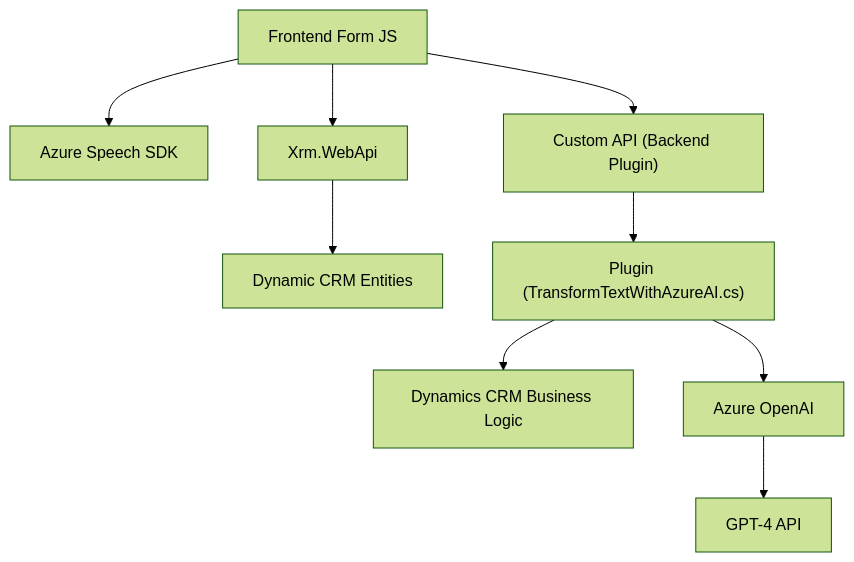
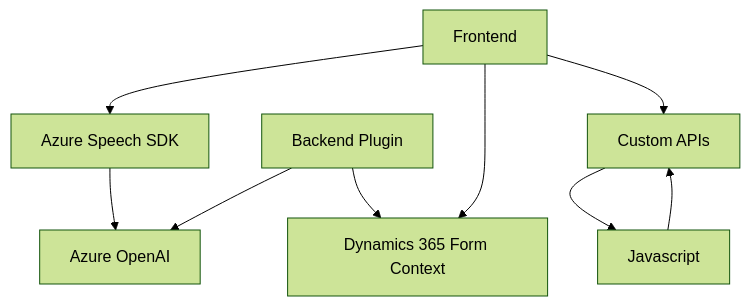
One commit to blopezdm/NETCORE_BILBAO2025 changed the diagram in README.md. Above: the diagram before and after it, drawn with Mermaid (forest theme). The commit also changed other lines of this file, not shown here.

````diff
--- a/README.md
+++ b/README.md
@@ -47,11 +35,19 @@
 ```mermaid
 graph TD
-    A["Frontend Form JS"] --> B["Azure Speech SDK"]
-    A --> C["Xrm.WebApi"]
-    C --> D["Dynamic CRM Entities"]
-    A --> F["Custom API (Backend Plugin)"]
-    F --> G["Plugin (TransformTextWithAzureAI.cs)"]
-    G --> H["Dynamics CRM Business Logic"]
-    G --> I["Azure OpenAI"]
-    I --> J["GPT-4 API"]
+A["Frontend"]
+B["Azure Speech SDK"]
+C["Dynamics 365 Form Context"]
+D["Backend Plugin"]
+E["Azure OpenAI"]
+F["Custom APIs"]
+G["Javascript"]
+
+A --> B
+A --> C
+A --> F
+B --> E
+D --> E
+D --> C
+F --> G
+G --> F
 ```
````
